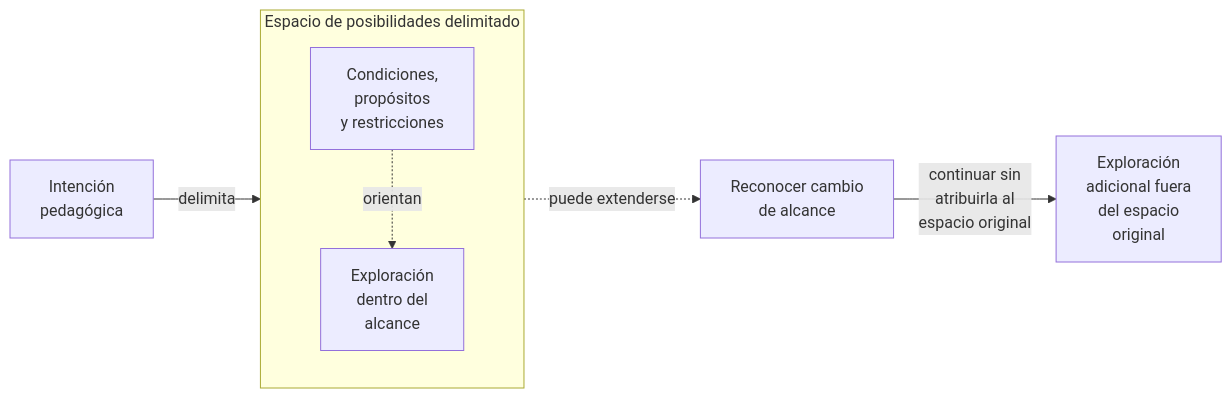
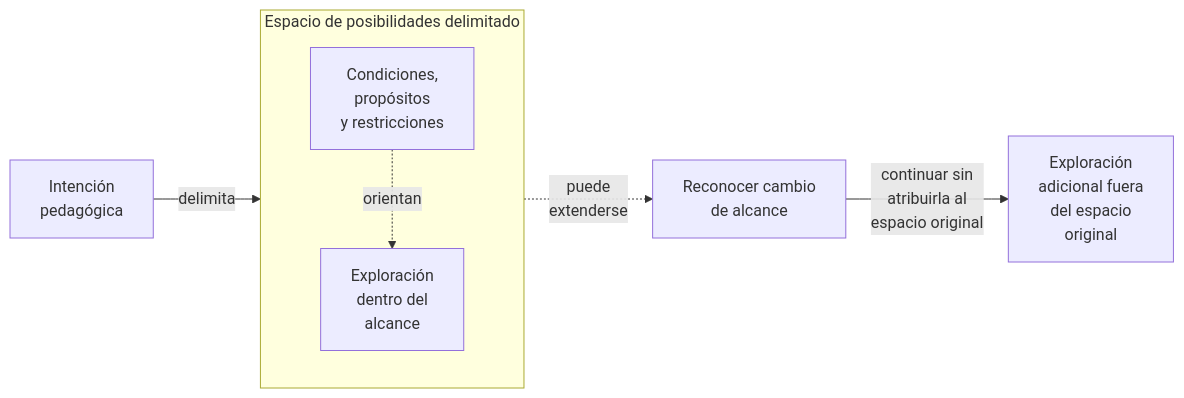
The diagram in mechanisms/possibility-spaces.md (the-alive-lab/tdidacta), drawn with Mermaid before and after one commit.

Commit message:
Improve text formatting in possibility-spaces.md
Updated text formatting for clarity in the possibility spaces document.

````diff
--- a/mechanisms/possibility-spaces.md
+++ b/mechanisms/possibility-spaces.md
@@ -19,16 +19,16 @@
 ```mermaid
 flowchart LR
     I["Intención<br/>pedagógica"]
     subgraph S["Espacio de posibilidades delimitado"]
         direction TB
         D["Condiciones,<br/>propósitos<br/>y restricciones"]
         E["Exploración<br/>dentro del<br/>alcance"]
         D -.->|"orientan"| E
     end
     X["Reconocer cambio<br/>de alcance"]
     F["Exploración<br/>adicional fuera<br/>del espacio<br/>original"]
 
     I -->|"delimita"| D
-    E -.->|"puede extenderse"| X
+    E -.->|"puede<br/>extenderse"| X
     X -->|"continuar sin<br/>atribuirla al<br/>espacio original"| F
 ```
````
